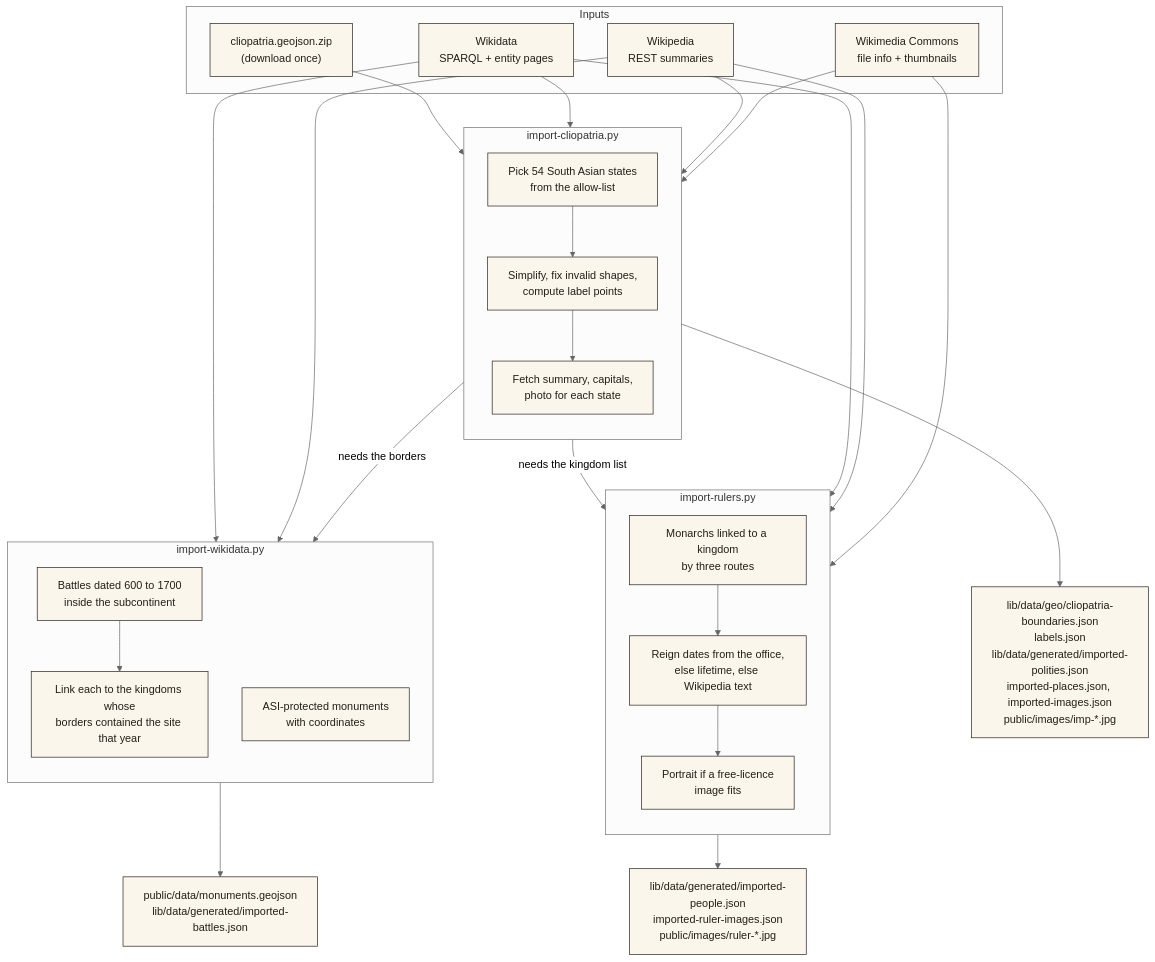
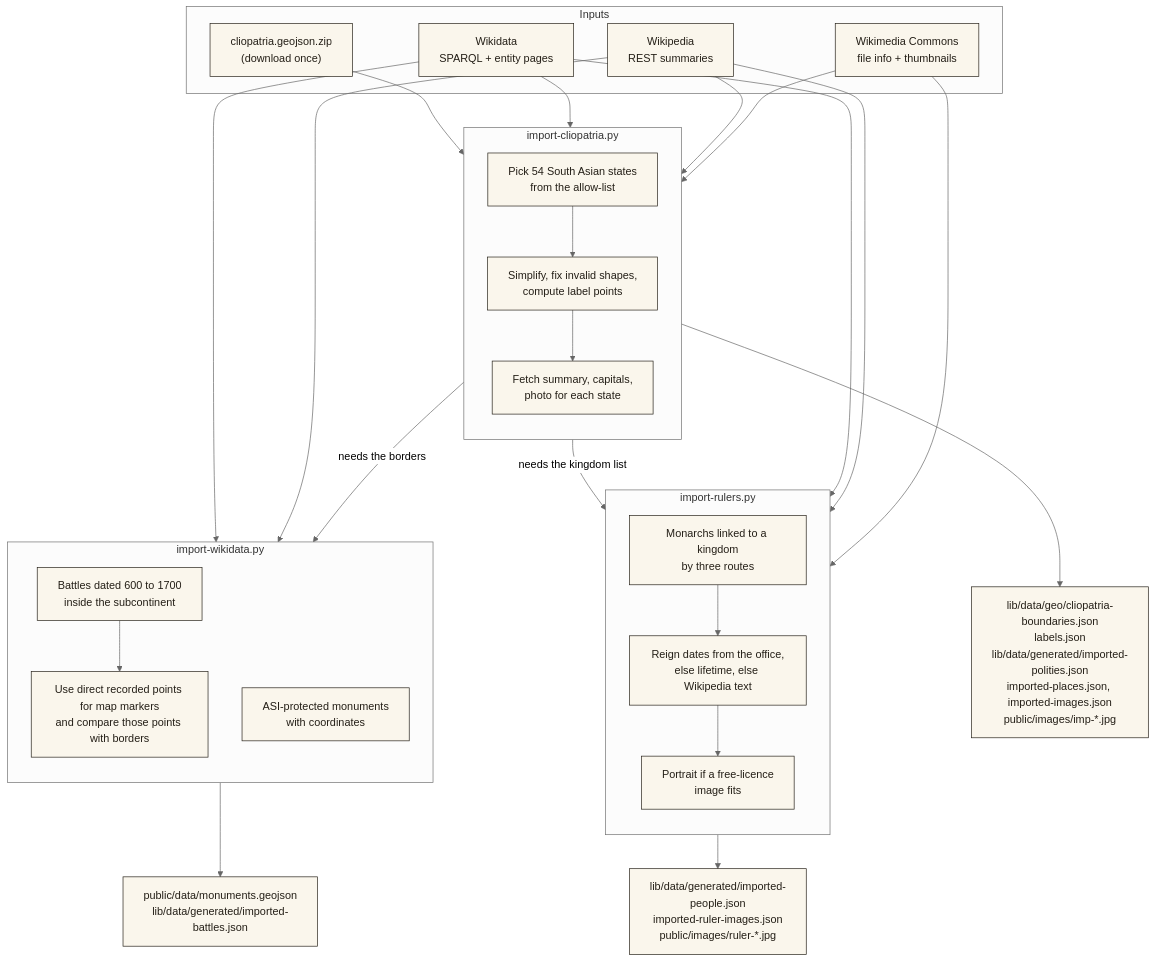
The diagram in docs/DATA.md (varunaditya27/BHAARATA), drawn with Mermaid (neutral theme) before and after one commit. The commit also changed other lines of this file and 83 other files, not shown here.

````diff
--- a/docs/DATA.md
+++ b/docs/DATA.md
@@ -59,46 +59,46 @@
 ```mermaid
 flowchart TB
     subgraph IN["Inputs"]
         CZ["cliopatria.geojson.zip<br/>(download once)"]
         WD["Wikidata<br/>SPARQL + entity pages"]
         WP["Wikipedia<br/>REST summaries"]
         CM["Wikimedia Commons<br/>file info + thumbnails"]
     end
 
     subgraph S1["import-cliopatria.py"]
         direction TB
         A1["Pick 54 South Asian states<br/>from the allow-list"] --> A2["Simplify, fix invalid shapes,<br/>compute label points"]
         A2 --> A3["Fetch summary, capitals,<br/>photo for each state"]
     end
 
     subgraph S2["import-wikidata.py"]
         direction TB
-        B1["Battles dated 600 to 1700<br/>inside the subcontinent"] --> B2["Link each to the kingdoms whose<br/>borders contained the site that year"]
+        B1["Battles dated 600 to 1700<br/>inside the subcontinent"] --> B2["Use direct recorded points for map markers<br/>and compare those points with borders"]
         B3["ASI-protected monuments<br/>with coordinates"]
     end
 
     subgraph S3["import-rulers.py"]
         direction TB
         C1["Monarchs linked to a kingdom<br/>by three routes"] --> C2["Reign dates from the office,<br/>else lifetime, else Wikipedia text"]
         C2 --> C3["Portrait if a free-licence<br/>image fits"]
     end
 
     CZ --> S1
     WD --> S1
     WP --> S1
     CM --> S1
     WD --> S2
     WP --> S2
     S1 -- "needs the borders" --> S2
     S1 -- "needs the kingdom list" --> S3
     WD --> S3
     WP --> S3
     CM --> S3
 
     S1 --> O1["lib/data/geo/cliopatria-boundaries.json<br/>labels.json<br/>lib/data/generated/imported-polities.json<br/>imported-places.json, imported-images.json<br/>public/images/imp-*.jpg"]
     S2 --> O2["public/data/monuments.geojson<br/>lib/data/generated/imported-battles.json"]
     S3 --> O3["lib/data/generated/imported-people.json<br/>imported-ruler-images.json<br/>public/images/ruler-*.jpg"]
 
     classDef node fill:#faf6ec,stroke:#241f17,color:#241f17;
     class CZ,WD,WP,CM,A1,A2,A3,B1,B2,B3,C1,C2,C3,O1,O2,O3 node;
 ```
````
